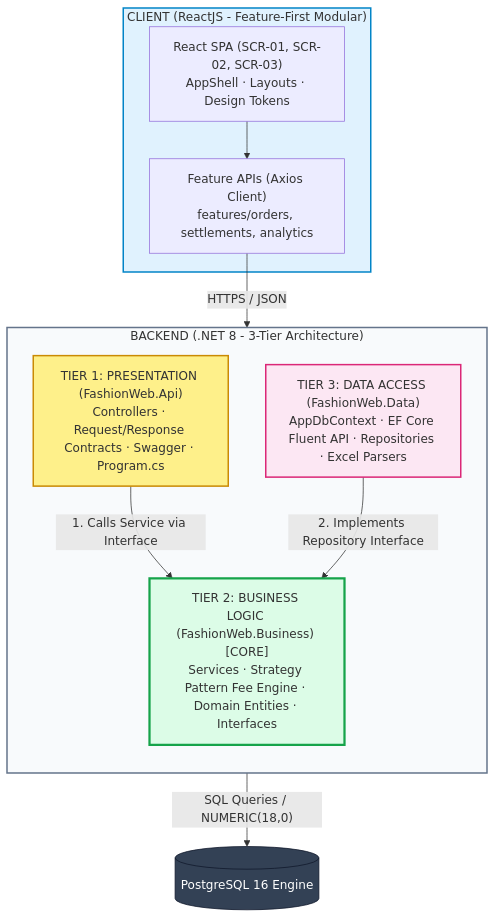
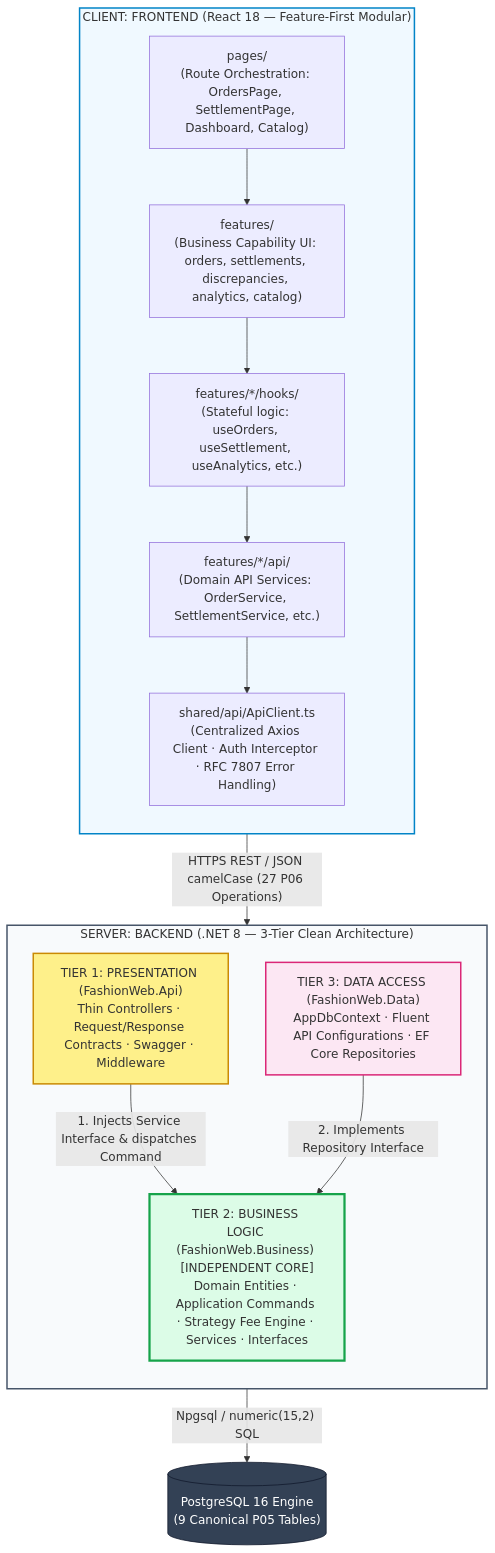
Before and after one commit to duchoa0405/Quanly_DoanhThu_LoiNhuan_DangDucHoa_VSF: the diagram in docs/architecture/folder_structures_en.md, drawn with Mermaid. The commit also changed other lines of this file, not shown here.

````diff
--- a/docs/architecture/folder_structures_en.md
+++ b/docs/architecture/folder_structures_en.md
@@ -10,28 +26,36 @@
 ```mermaid
 flowchart TD
-    subgraph ClientSide [" CLIENT (ReactJS - Feature-First Modular) "]
-        UI["React SPA (SCR-01, SCR-02, SCR-03)<br/>AppShell · Layouts · Design Tokens"]
-        FE_API["Feature APIs (Axios Client)<br/>features/orders, settlements, analytics"]
-        UI --> FE_API
+    subgraph ClientTier [" CLIENT: FRONTEND (React 18 — Feature-First Modular) "]
+        direction TB
+        PAGES["pages/<br/>(Route Orchestration: OrdersPage, SettlementPage, Dashboard, Catalog)"]
+        FEAT["features/<br/>(Business Capability UI: orders, settlements, discrepancies, analytics, catalog)"]
+        HOOKS["features/*/hooks/<br/>(Stateful logic: useOrders, useSettlement, useAnalytics, etc.)"]
+        FEAT_API["features/*/api/<br/>(Domain API Services: OrderService, SettlementService, etc.)"]
+        CLIENT_HTTP["shared/api/ApiClient.ts<br/>(Centralized Axios Client · Auth Interceptor · RFC 7807 Error Handling)"]
+        
+        PAGES --> FEAT
+        FEAT --> HOOKS
+        HOOKS --> FEAT_API
+        FEAT_API --> CLIENT_HTTP
     end
 
-    subgraph ServerSide [" BACKEND (.NET 8 - 3-Tier Architecture) "]
+    subgraph ServerTier [" SERVER: BACKEND (.NET 8 — 3-Tier Clean Architecture) "]
         direction TB
-        T1["TIER 1: PRESENTATION (FashionWeb.Api)<br/>Controllers · Request/Response Contracts · Swagger · Program.cs"]
-        T2["TIER 2: BUSINESS LOGIC (FashionWeb.Business) [CORE]<br/>Services · Strategy Pattern Fee Engine · Domain Entities · Interfaces"]
-        T3["TIER 3: DATA ACCESS (FashionWeb.Data)<br/>AppDbContext · EF Core Fluent API · Repositories · Excel Parsers"]
+        T1["TIER 1: PRESENTATION (FashionWeb.Api)<br/>Thin Controllers · Request/Response Contracts · Swagger · Middleware"]
+        T2["TIER 2: BUSINESS LOGIC (FashionWeb.Business) [INDEPENDENT CORE]<br/>Domain Entities · Application Commands · Strategy Fee Engine · Services · Interfaces"]
+        T3["TIER 3: DATA ACCESS (FashionWeb.Data)<br/>AppDbContext · Fluent API Configurations · EF Core Repositories"]
         
-        T1 -->|"1. Calls Service via Interface"| T2
+        T1 -->|"1. Injects Service Interface & dispatches Command"| T2
         T3 -->|"2. Implements Repository Interface"| T2
     end
 
-    FE_API -->|"HTTPS / JSON"| T1
-    T3 -->|"SQL Queries / NUMERIC(18,0)"| DB[("PostgreSQL 16 Engine")]
+    CLIENT_HTTP -->|"HTTPS REST / JSON camelCase (27 P06 Operations)"| T1
+    T3 -->|"Npgsql / numeric(15,2) SQL"| DB[("PostgreSQL 16 Engine<br/>(9 Canonical P05 Tables)")]
 
-    style ClientSide fill:#e0f2fe,stroke:#0284c7,stroke-width:2px;
-    style ServerSide fill:#f8fafc,stroke:#64748b,stroke-width:2px;
+    style ClientTier fill:#f0f9ff,stroke:#0284c7,stroke-width:2px;
+    style ServerTier fill:#f8fafc,stroke:#475569,stroke-width:2px;
     style T1 fill:#fef08a,stroke:#ca8a04,stroke-width:2px;
     style T2 fill:#dcfce7,stroke:#16a34a,stroke-width:3px;
     style T3 fill:#fce7f3,stroke:#db2777,stroke-width:2px;
     style DB fill:#334155,stroke:#0f172a,color:#ffffff;
 ```
````
